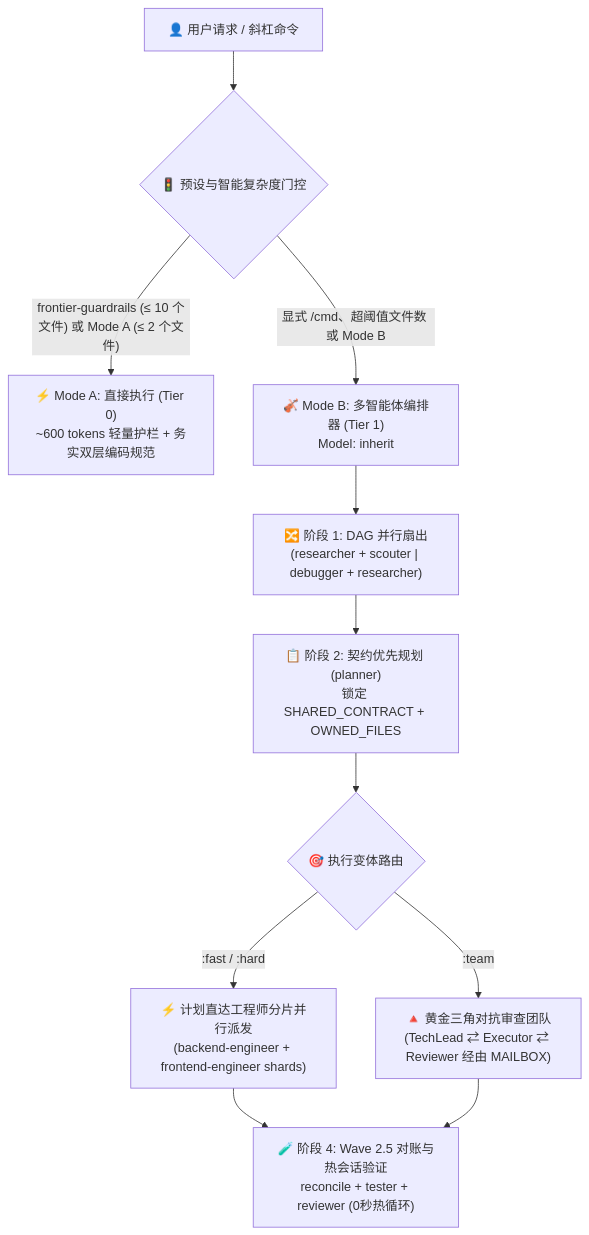
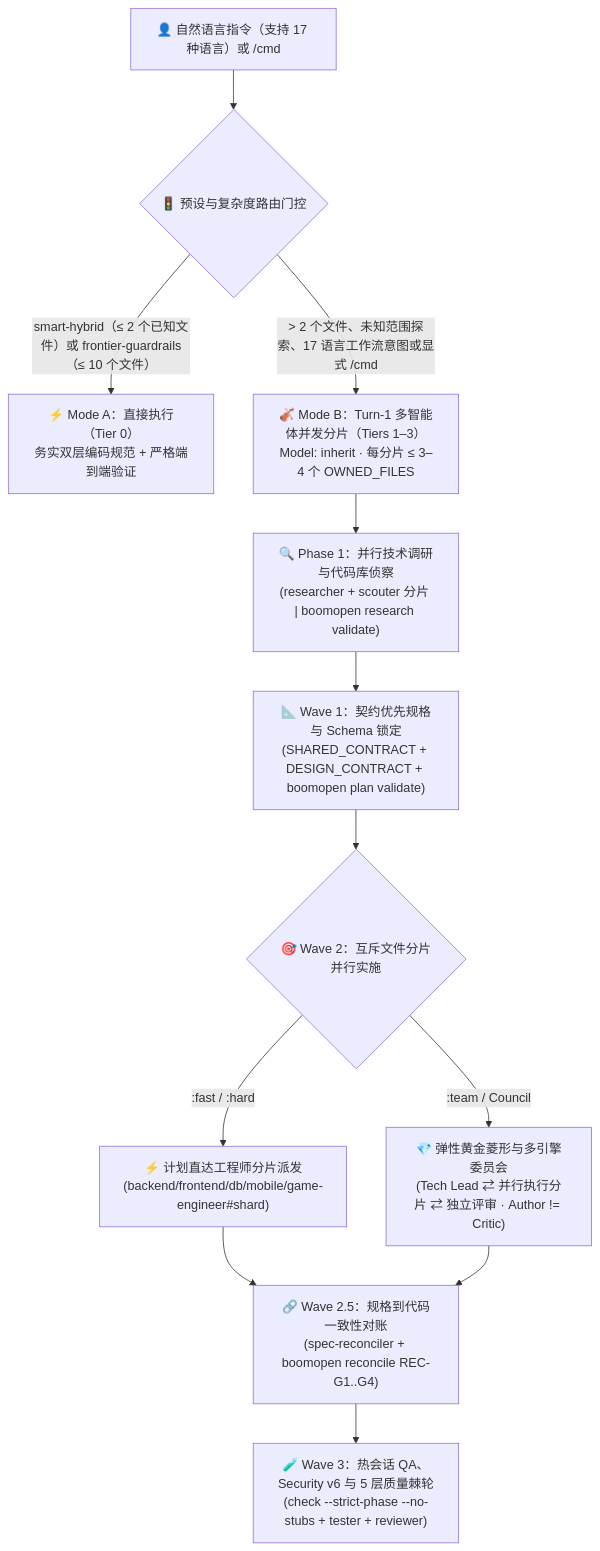
One commit to Kennyboom/BoomOpen-Workflow-Kit-Pro changed the diagram in i18n/README.zh-CN.md. Above: the diagram before and after it, drawn with Mermaid. The commit also changed other lines of this file and 21 other files, not shown here.

````diff
--- a/i18n/README.zh-CN.md
+++ b/i18n/README.zh-CN.md
@@ -58,16 +94,17 @@
 ```mermaid
 flowchart TD
-    User["👤 用户请求 / 斜杠命令"] --> Gate{"🚦 预设与智能复杂度门控"}
-    Gate -->|"frontier-guardrails (≤ 10 个文件) 或 Mode A (≤ 2 个文件)"| ModeA["⚡ Mode A: 直接执行 (Tier 0)<br/>~600 tokens 轻量护栏 + 务实双层编码规范"]
-    Gate -->|"显式 /cmd、超阈值文件数 或 Mode B"| ModeB["🎻 Mode B: 多智能体编排器 (Tier 1)<br/>Model: inherit"]
+    User["👤 自然语言指令（支持 17 种语言）或 /cmd"] --> Gate{"🚦 预设与复杂度路由门控"}
+    Gate -->|"smart-hybrid（≤ 2 个已知文件）或 frontier-guardrails（≤ 10 个文件）"| ModeA["⚡ Mode A：直接执行（Tier 0）<br/>务实双层编码规范 + 严格端到端验证"]
+    Gate -->|"> 2 个文件、未知范围探索、17 语言工作流意图或显式 /cmd"| ModeB["🎻 Mode B：Turn-1 多智能体并发分片（Tiers 1–3）<br/>Model: inherit · 每分片 ≤ 3–4 个 OWNED_FILES"]
 
-    ModeB --> FanOut["🔀 阶段 1: DAG 并行扇出<br/>(researcher + scouter | debugger + researcher)"]
-    FanOut --> Plan["📋 阶段 2: 契约优先规划 (planner)<br/>锁定 SHARED_CONTRACT + OWNED_FILES"]
-    Plan --> Dispatch{"🎯 执行变体路由"}
+    ModeB --> Wave0["🔍 Phase 1：并行技术调研与代码库侦察<br/>(researcher + scouter 分片 | boomopen research validate)"]
+    Wave0 --> Wave1["📐 Wave 1：契约优先规格与 Schema 锁定<br/>(SHARED_CONTRACT + DESIGN_CONTRACT + boomopen plan validate)"]
+    Wave1 --> Wave2{"🎯 Wave 2：互斥文件分片并行实施"}
 
-    Dispatch -->|":fast / :hard"| Direct["⚡ 计划直达工程师分片并行派发<br/>(backend-engineer + frontend-engineer shards)"]
-    Dispatch -->|":team"| Triangle["🔺 黄金三角对抗审查团队<br/>(TechLead ⇄ Executor ⇄ Reviewer 经由 MAILBOX)"]
+    Wave2 -->|":fast / :hard"| Direct["⚡ 计划直达工程师分片派发<br/>(backend/frontend/db/mobile/game-engineer#shard)"]
+    Wave2 -->|":team / Council"| Diamond["💎 弹性黄金菱形与多引擎委员会<br/>(Tech Lead ⇄ 并行执行分片 ⇄ 独立评审 · Author != Critic)"]
 
-    Direct --> Verify["🧪 阶段 4: Wave 2.5 对账与热会话验证<br/>reconcile + tester + reviewer (0秒热循环)"]
-    Triangle --> Verify
+    Direct --> Wave25["🔗 Wave 2.5：规格到代码一致性对账<br/>(spec-reconciler + boomopen reconcile REC-G1..G4)"]
+    Diamond --> Wave25
+    Wave25 --> Wave3["🧪 Wave 3：热会话 QA、Security v6 与 5 层质量棘轮<br/>(check --strict-phase --no-stubs + tester + reviewer)"]
 ```
````
